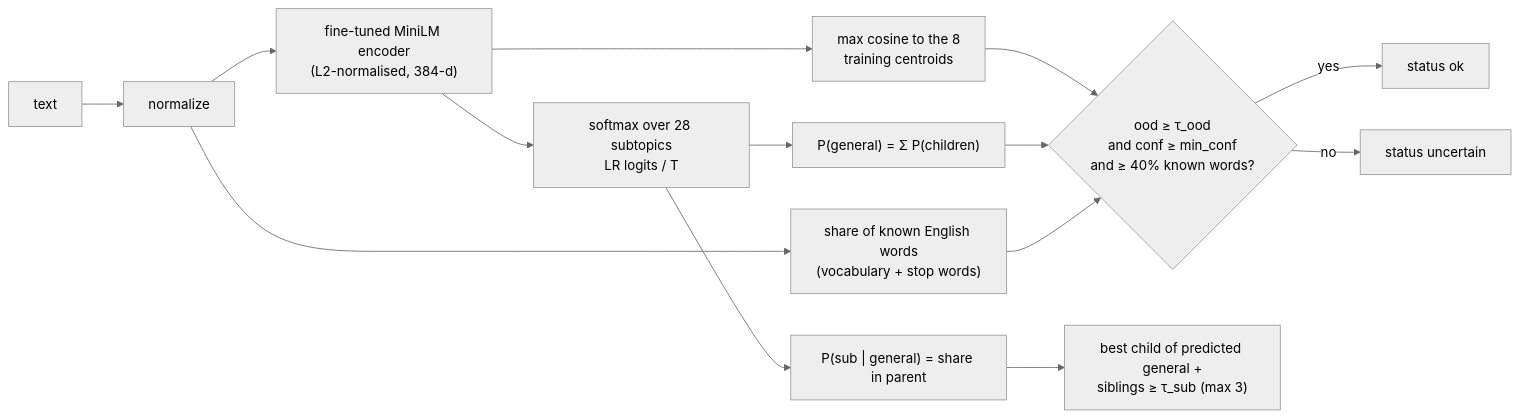
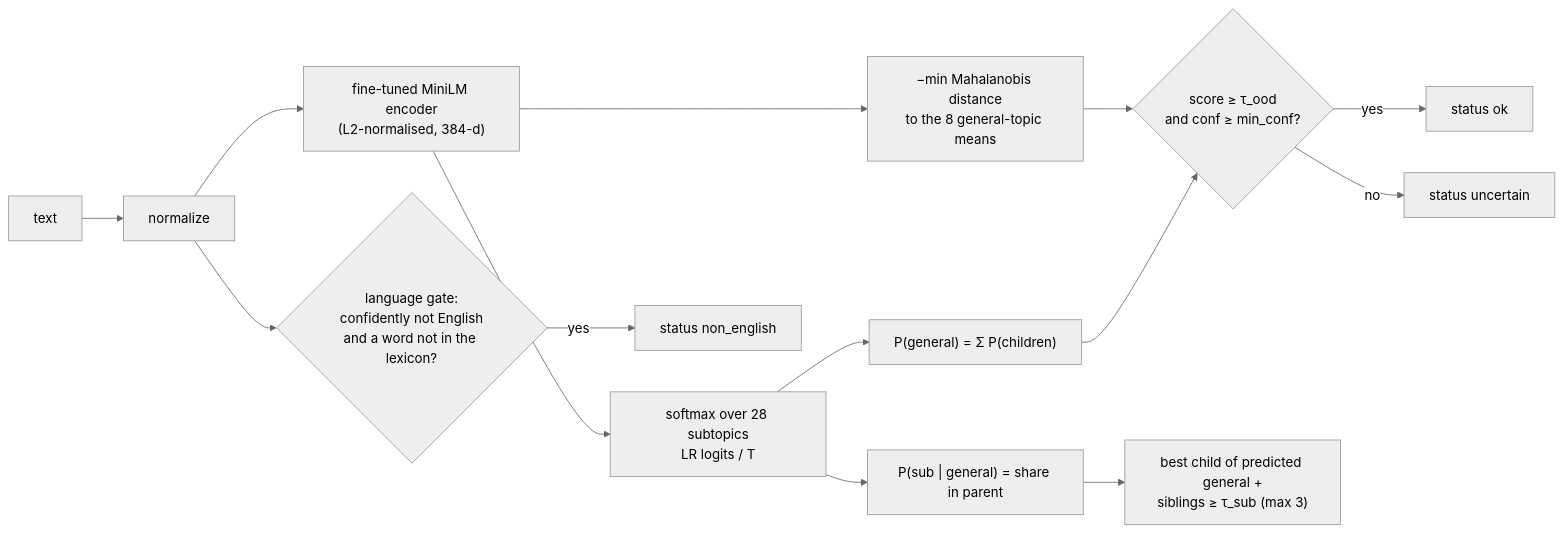
Before and after one commit to Ozgurisikdamar/Cont: the third of 5 diagrams in docs/architecture.md, drawn with Mermaid (neutral theme). The commit also changed other lines of this file, not shown here.

Commit message:
Docs: architecture for v1.1.0 (language gate, Mahalanobis gate, tracker rules, dev/locked evaluation)

````diff
--- a/docs/architecture.md
+++ b/docs/architecture.md
@@ -103,13 +108,13 @@
 ```mermaid
 flowchart LR
     x["text"] --> n["normalize"] --> e["fine-tuned MiniLM encoder<br/>(L2-normalised, 384-d)"]
     e --> s["softmax over 28 subtopics<br/>LR logits / T"]
     s --> pg["P(general) = Σ P(children)"]
     s --> pc["P(sub | general) = share in parent"]
-    e --> o["max cosine to the 8<br/>training centroids"] --> od{"ood ≥ τ_ood<br/>and conf ≥ min_conf<br/>and ≥ 40% known words?"}
+    n --> lg{"language gate:<br/>confidently not English<br/>and a word not in the lexicon?"} -->|yes| ne["status non_english"]
+    e --> o["−min Mahalanobis distance<br/>to the 8 general-topic means"] --> od{"score ≥ τ_ood<br/>and conf ≥ min_conf?"}
     pg --> od
-    n --> lg["share of known English words<br/>(vocabulary + stop words)"] --> od
     pc --> dec["best child of predicted general +<br/>siblings ≥ τ_sub (max 3)"]
     od -->|yes| ok["status ok"]
     od -->|no| unc["status uncertain"]
 ```
````
